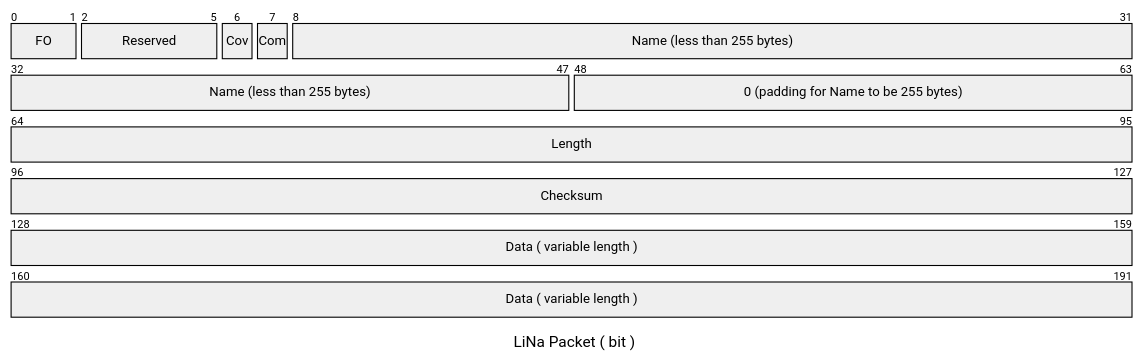
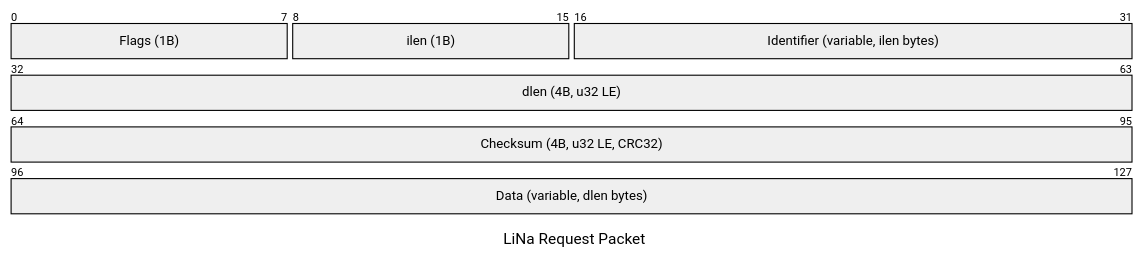
Before and after one commit to debugdoctor/LiNaStore: the first of 2 diagrams in README.md, drawn with Mermaid. The commit also changed other lines of this file and 9 other files, not shown here.

````diff
--- a/README.md
+++ b/README.md
@@ -27,15 +27,12 @@
 ```mermaid
 ---
-title: "LiNa Packet ( bit )"
+title: "LiNa Request Packet"
 ---
 packet-beta
-0-1: "FO"
-2-5: "Reserved"
-6: "Cov"
-7: "Com"
-8-47: "Name (less than 255 bytes)"
-48-63: "0 (padding for Name to be 255 bytes)"
-64-95: "Length"
-96-127: "Checksum"
-128-191: "Data ( variable length )"
+0-7:   "Flags (1B)"
+8-15:  "ilen (1B)"
+16-31: "Identifier (variable, ilen bytes)"
+32-63: "dlen (4B, u32 LE)"
+64-95: "Checksum (4B, u32 LE, CRC32)"
+96-127: "Data (variable, dlen bytes)"
 ```
````
